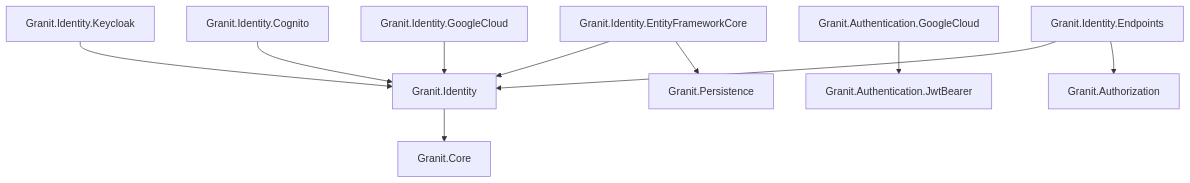
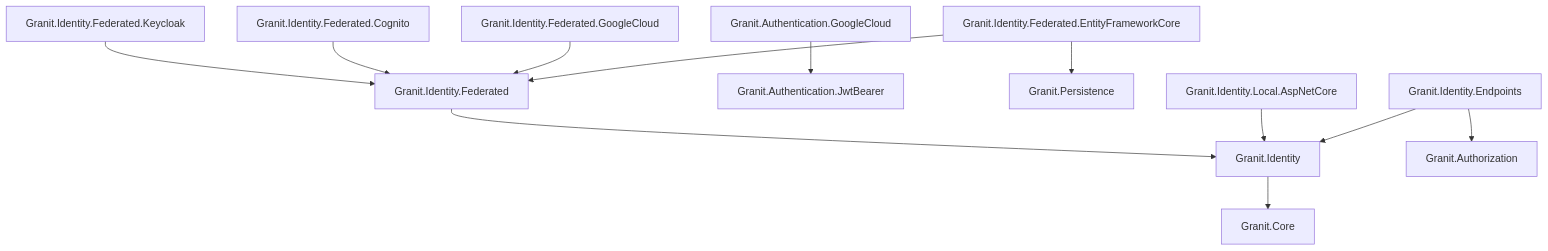
Before and after one commit to granit-fx/granit-dotnet: the first of 2 diagrams in docs-site/src/content/docs/dotnet/security/identity.mdx, drawn with Mermaid. The commit also changed other lines of this file and 327 other files, not shown here.

First line of the commit message:
refactor(identity): rename packages to Local/Federated architecture (#571)

````diff
--- a/docs-site/src/content/docs/dotnet/security/identity.mdx
+++ b/docs-site/src/content/docs/dotnet/security/identity.mdx
@@ -40,12 +44,14 @@
 ```mermaid
 graph TD
     I[Granit.Identity] --> C[Granit.Core]
-    IK[Granit.Identity.Keycloak] --> I
-    IC[Granit.Identity.Cognito] --> I
-    IGC[Granit.Identity.GoogleCloud] --> I
+    IF[Granit.Identity.Federated] --> I
+    IK[Granit.Identity.Federated.Keycloak] --> IF
+    IC[Granit.Identity.Federated.Cognito] --> IF
+    IGC[Granit.Identity.Federated.GoogleCloud] --> IF
     AGC[Granit.Authentication.GoogleCloud] --> JB[Granit.Authentication.JwtBearer]
-    IEF[Granit.Identity.EntityFrameworkCore] --> I
+    IEF[Granit.Identity.Federated.EntityFrameworkCore] --> IF
     IEF --> P[Granit.Persistence]
+    ILA[Granit.Identity.Local.AspNetCore] --> I
     IE[Granit.Identity.Endpoints] --> I
     IE --> AZ[Granit.Authorization]
 ```
````
